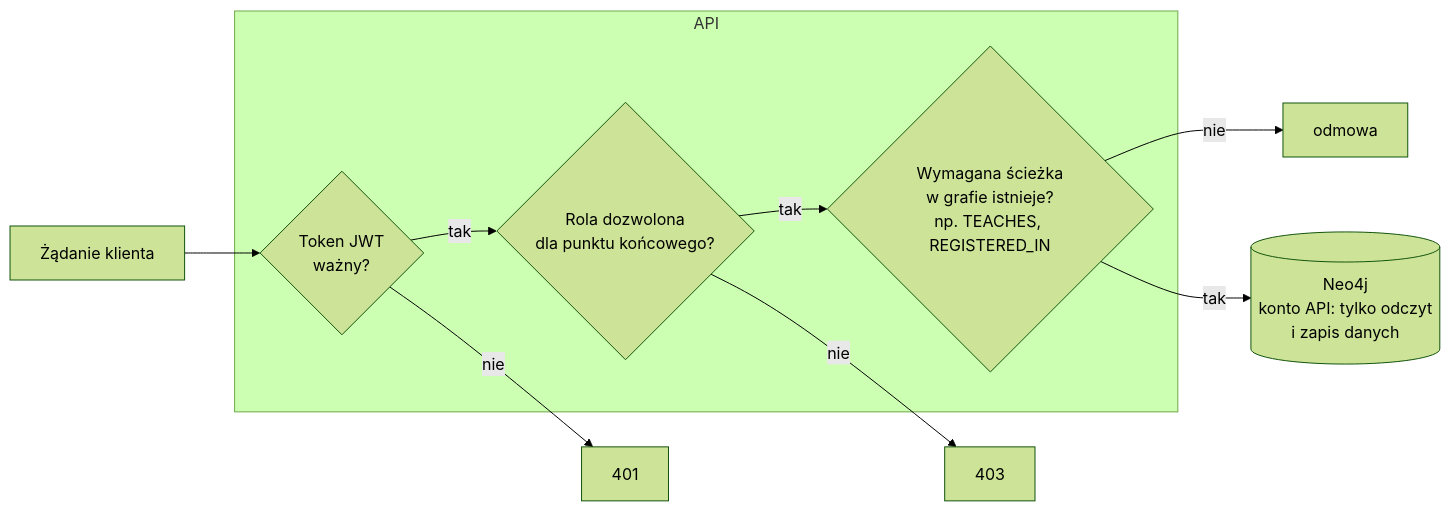
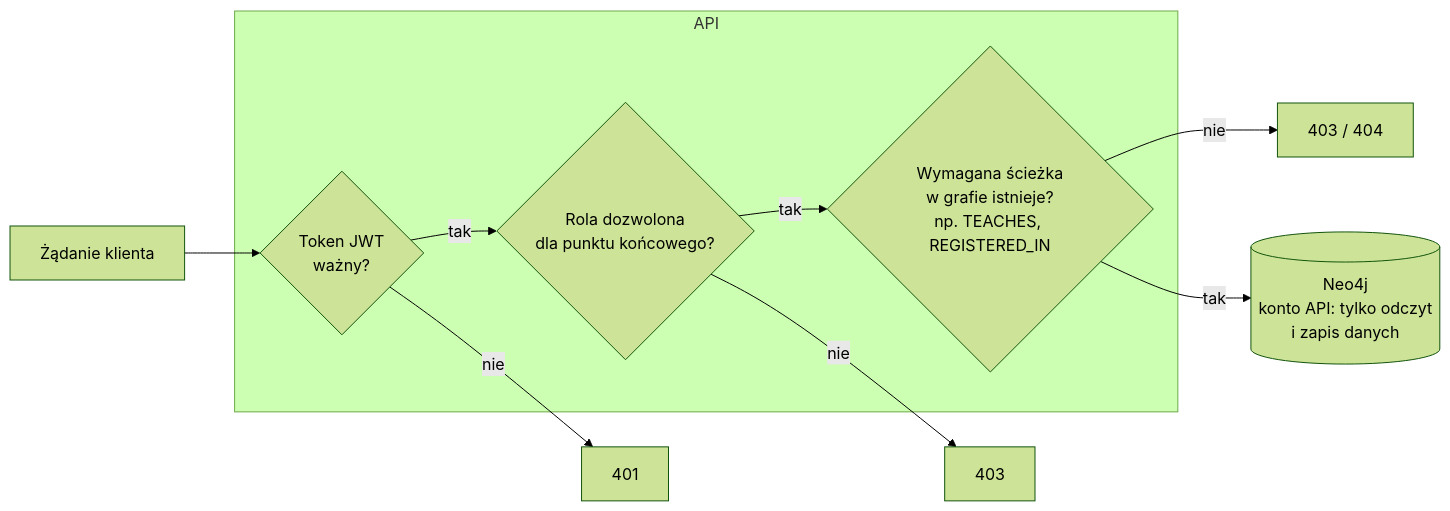
Before and after one commit to brua11a/eng-final: the third of 3 diagrams in praca/brudnopis/Rozdział 3/Projekt systemu.md, drawn with Mermaid (forest theme). The commit also changed other lines of this file and 62 other files, not shown here.

````diff
--- a/praca/brudnopis/Rozdział 3/Projekt systemu.md
+++ b/praca/brudnopis/Rozdział 3/Projekt systemu.md
@@ -319,15 +325,15 @@
 ```mermaid
 flowchart LR
     K[Żądanie klienta] --> T{Token JWT<br/>ważny?}
     T -- nie --> E401[401]
     T -- tak --> R{Rola dozwolona<br/>dla punktu końcowego?}
     R -- nie --> E403a[403]
     R -- tak --> G{Wymagana ścieżka<br/>w grafie istnieje?<br/>np. TEACHES, REGISTERED_IN}
-    G -- nie --> E403b[odmowa]
+    G -- nie --> E403b[403 / 404]
     G -- tak --> DB[(Neo4j<br/>konto API: tylko odczyt<br/>i zapis danych)]
     subgraph API
         T
         R
         G
     end
 ```
````
